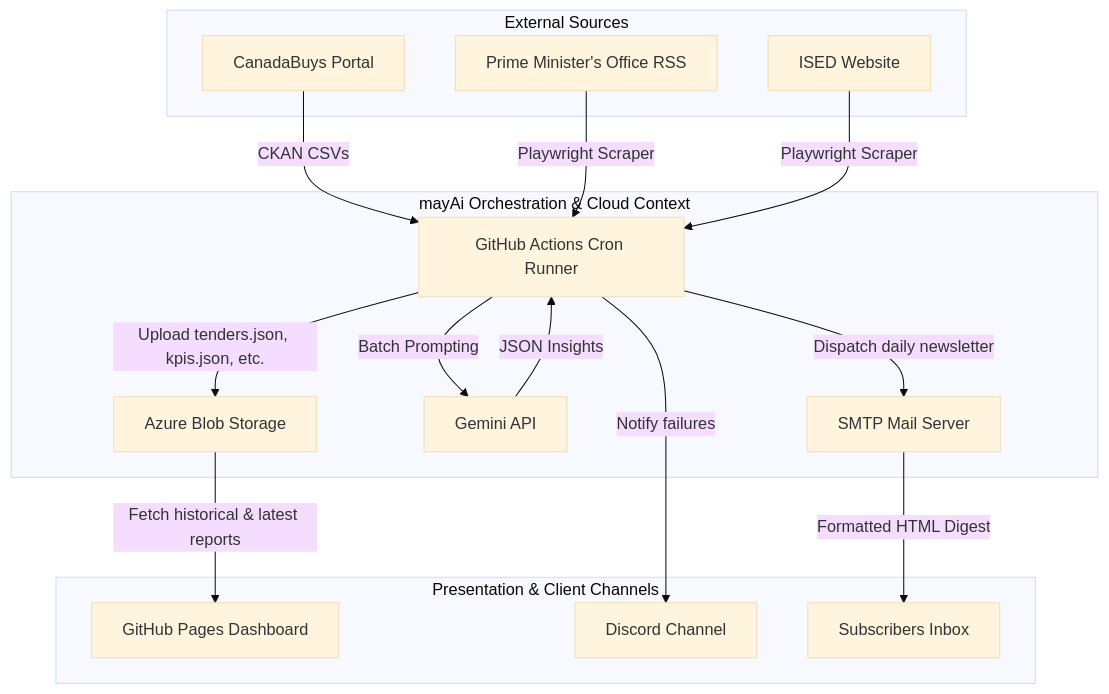
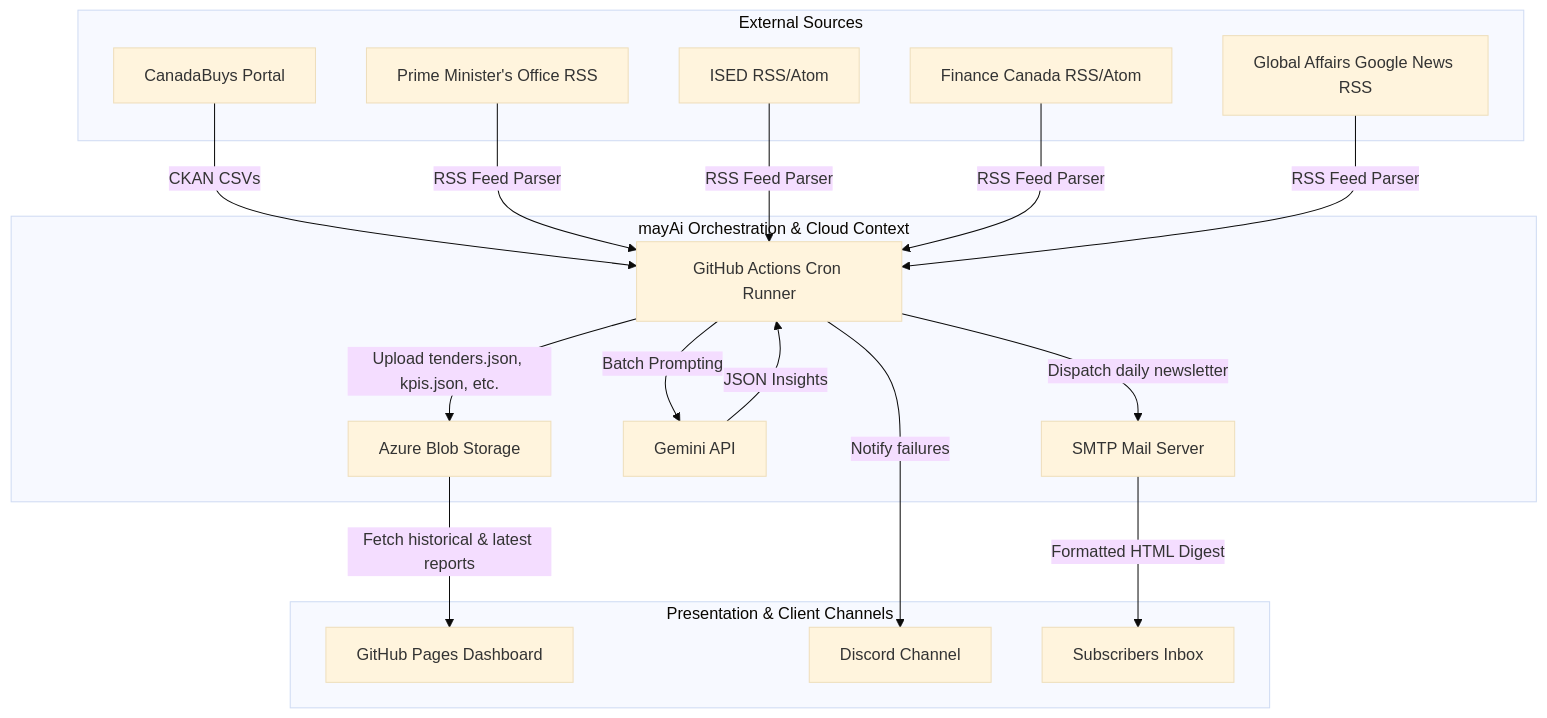
One commit to 4mayAi/canadian-grant-intelligence changed the first of 2 diagrams in docs/architecture_arc42.md. Above: the diagram before and after it, drawn with Mermaid (base theme). The commit also changed other lines of this file and 1 other file, not shown here.

Commit message:
docs: update arc42 architecture for news extraction and self-healing cache

````diff
--- a/docs/architecture_arc42.md
+++ b/docs/architecture_arc42.md
@@ -40,35 +40,39 @@
 ```mermaid
 graph TD
     subgraph External Sources
         CB[CanadaBuys Portal]
         PM[Prime Minister's Office RSS]
-        IS[ISED Website]
+        IS[ISED RSS/Atom]
+        FC[Finance Canada RSS/Atom]
+        GA[Global Affairs Google News RSS]
     end
 
     subgraph mayAi Orchestration & Cloud Context
         GHA[GitHub Actions Cron Runner]
         AB[Azure Blob Storage]
         LLM[Gemini API]
         SMTP[SMTP Mail Server]
     end
 
     subgraph Presentation & Client Channels
         GH[GitHub Pages Dashboard]
         DIS[Discord Channel]
         USR[Subscribers Inbox]
     end
 
     CB -->|CKAN CSVs| GHA
-    PM -->|Playwright Scraper| GHA
-    IS -->|Playwright Scraper| GHA
+    PM -->|RSS Feed Parser| GHA
+    IS -->|RSS Feed Parser| GHA
+    FC -->|RSS Feed Parser| GHA
+    GA -->|RSS Feed Parser| GHA
 
     GHA -->|Batch Prompting| LLM
     LLM -->|JSON Insights| GHA
 
     GHA -->|Upload tenders.json, kpis.json, etc.| AB
     GHA -->|Notify failures| DIS
     GHA -->|Dispatch daily newsletter| SMTP
 
     AB -->|Fetch historical & latest reports| GH
     SMTP -->|Formatted HTML Digest| USR
 ```
````
